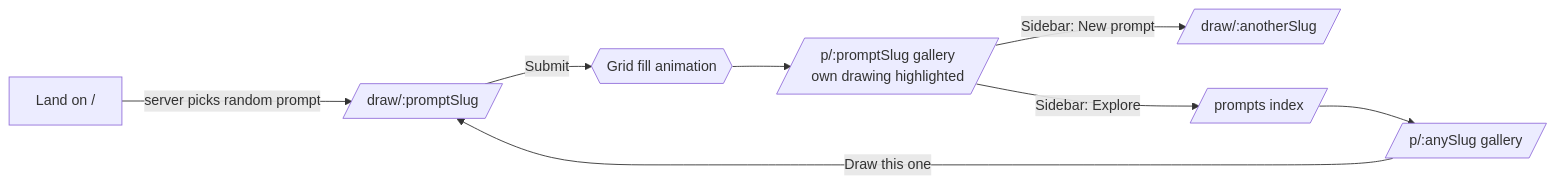
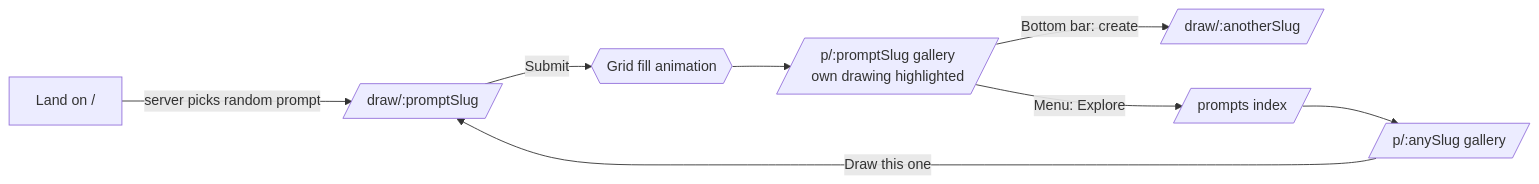
Before and after one commit to rebeccali/solcollab: the first of 2 diagrams in docs/DESIGN.md, drawn with Mermaid. The commit also changed other lines of this file and 7 other files, not shown here.

Commit message:
Move navigation to a bottom bar with outlined create artwork

````diff
--- a/docs/DESIGN.md
+++ b/docs/DESIGN.md
@@ -37,10 +37,10 @@
 ```mermaid
 flowchart LR
   A[Land on /] -->|server picks random prompt| B[/draw/:promptSlug/]
   B -->|Submit| C{{Grid fill animation}}
   C --> D[/p/:promptSlug gallery<br/>own drawing highlighted/]
-  D -->|Sidebar: New prompt| B2[/draw/:anotherSlug/]
-  D -->|Sidebar: Explore| E[/prompts index/]
+  D -->|Bottom bar: create| B2[/draw/:anotherSlug/]
+  D -->|Menu: Explore| E[/prompts index/]
   E --> D2[/p/:anySlug gallery/]
   D2 -->|Draw this one| B
 ```
````
